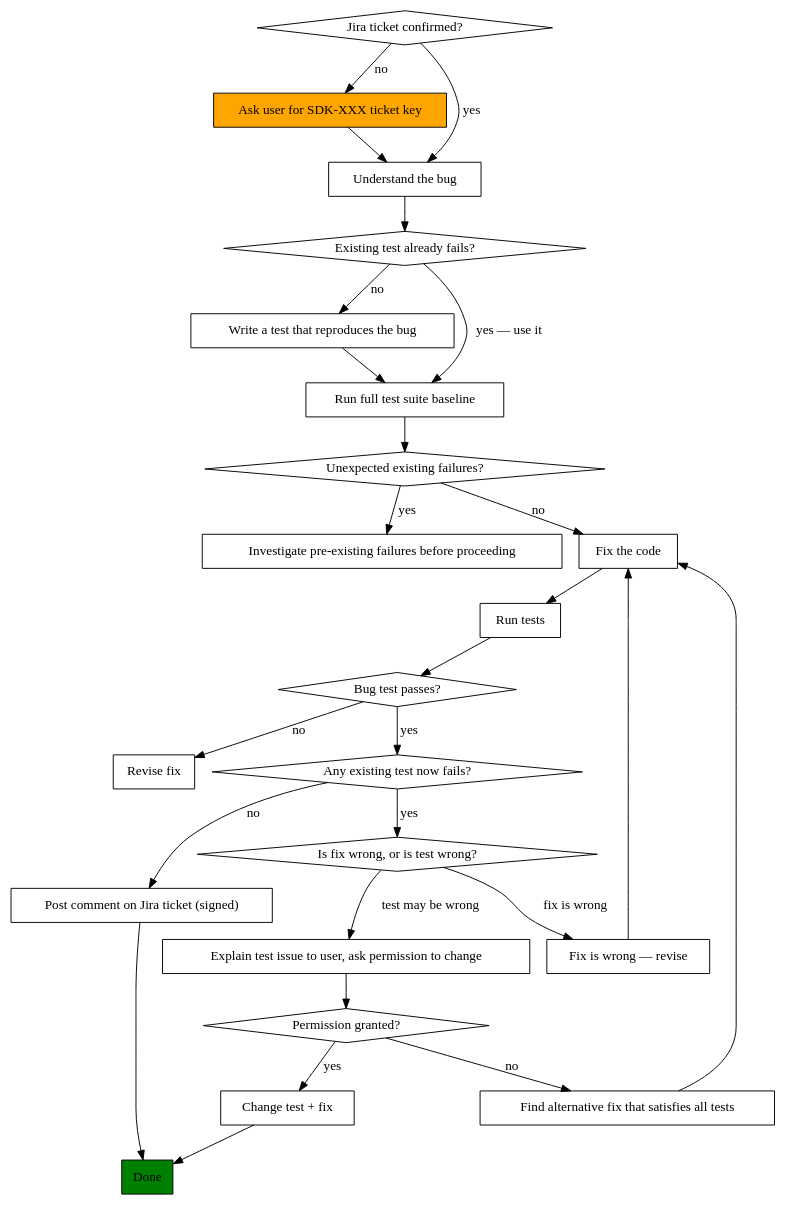
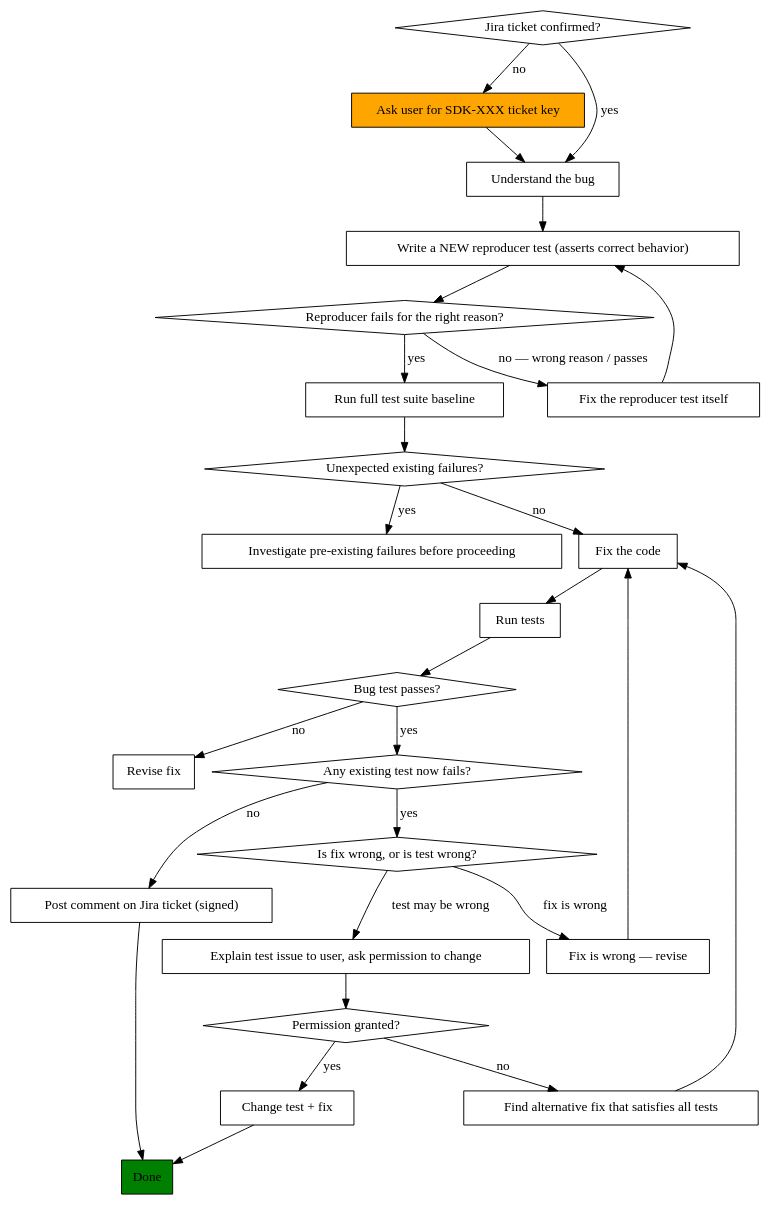
Before and after one commit to IntegrationMatters/njams-sdk: the diagram in .claude/skills/njams-bug-fix/SKILL.md, drawn with Graphviz. The commit also changed other lines of this file, not shown here.

Commit message:
Require a dedicated reproducer test first in njams-bug-fix skill
Strengthen the bug-fix workflow so every fix starts with a new test that
asserts the correct behaviour and fails on the current bug, serving as proof
of the fix and a regression guard, even when an existing test already fails.

````diff
--- a/.claude/skills/njams-bug-fix/SKILL.md
+++ b/.claude/skills/njams-bug-fix/SKILL.md
@@ -40,52 +40,54 @@
 ```dot
 digraph bug_fix {
     rankdir=TB;
     "Jira ticket confirmed?" [shape=diamond];
     "Ask user for SDK-XXX ticket key" [shape=box, style=filled, fillcolor=orange];
     "Understand the bug" [shape=box];
-    "Existing test already fails?" [shape=diamond];
-    "Write a test that reproduces the bug" [shape=box];
+    "Write a NEW reproducer test (asserts correct behavior)" [shape=box];
+    "Reproducer fails for the right reason?" [shape=diamond];
+    "Fix the reproducer test itself" [shape=box];
     "Run full test suite baseline" [shape=box];
     "Unexpected existing failures?" [shape=diamond];
     "Investigate pre-existing failures before proceeding" [shape=box];
     "Fix the code" [shape=box];
     "Run tests" [shape=box];
     "Bug test passes?" [shape=diamond];
     "Revise fix" [shape=box];
     "Any existing test now fails?" [shape=diamond];
     "Post comment on Jira ticket (signed)" [shape=box];
     "Done" [shape=box, style=filled, fillcolor=green];
     "Is fix wrong, or is test wrong?" [shape=diamond];
     "Fix is wrong — revise" [shape=box];
     "Explain test issue to user, ask permission to change" [shape=box];
     "Permission granted?" [shape=diamond];
     "Change test + fix" [shape=box];
     "Find alternative fix that satisfies all tests" [shape=box];
 
     "Jira ticket confirmed?" -> "Understand the bug" [label="yes"];
     "Jira ticket confirmed?" -> "Ask user for SDK-XXX ticket key" [label="no"];
     "Ask user for SDK-XXX ticket key" -> "Understand the bug";
-    "Understand the bug" -> "Existing test already fails?";
-    "Existing test already fails?" -> "Run full test suite baseline" [label="yes — use it"];
-    "Existing test already fails?" -> "Write a test that reproduces the bug" [label="no"];
-    "Write a test that reproduces the bug" -> "Run full test suite baseline";
+    "Understand the bug" -> "Write a NEW reproducer test (asserts correct behavior)";
+    "Write a NEW reproducer test (asserts correct behavior)" -> "Reproducer fails for the right reason?";
+    "Reproducer fails for the right reason?" -> "Fix the reproducer test itself" [label="no — wrong reason / passes"];
+    "Fix the reproducer test itself" -> "Write a NEW reproducer test (asserts correct behavior)";
+    "Reproducer fails for the right reason?" -> "Run full test suite baseline" [label="yes"];
     "Run full test suite baseline" -> "Unexpected existing failures?";
     "Unexpected existing failures?" -> "Investigate pre-existing failures before proceeding" [label="yes"];
     "Unexpected existing failures?" -> "Fix the code" [label="no"];
     "Fix the code" -> "Run tests";
     "Run tests" -> "Bug test passes?";
     "Bug test passes?" -> "Revise fix" [label="no"];
     "Bug test passes?" -> "Any existing test now fails?" [label="yes"];
     "Any existing test now fails?" -> "Post comment on Jira ticket (signed)" [label="no"];
     "Post comment on Jira ticket (signed)" -> "Done";
     "Any existing test now fails?" -> "Is fix wrong, or is test wrong?" [label="yes"];
     "Is fix wrong, or is test wrong?" -> "Fix is wrong — revise" [label="fix is wrong"];
     "Fix is wrong — revise" -> "Fix the code";
     "Is fix wrong, or is test wrong?" -> "Explain test issue to user, ask permission to change" [label="test may be wrong"];
     "Explain test issue to user, ask permission to change" -> "Permission granted?";
     "Permission granted?" -> "Change test + fix" [label="yes"];
     "Permission granted?" -> "Find alternative fix that satisfies all tests" [label="no"];
     "Change test + fix" -> "Done";
     "Find alternative fix that satisfies all tests" -> "Fix the code";
 }
 ```
````
